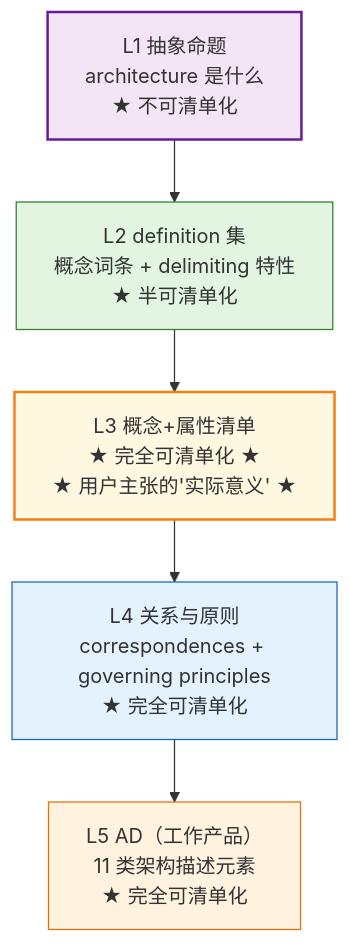
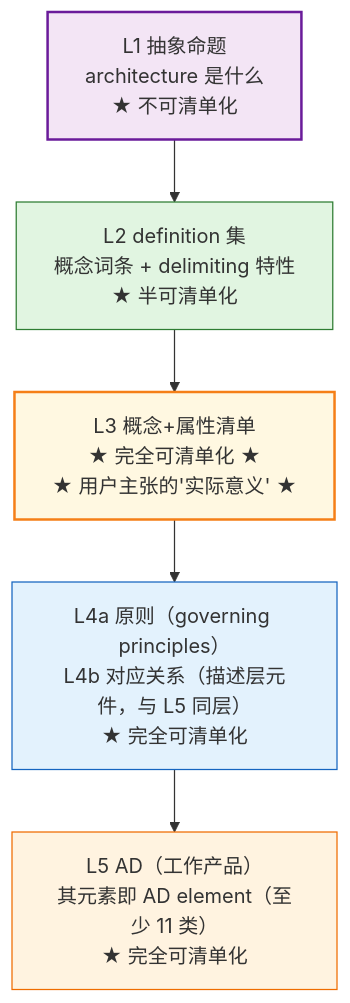
One commit to Yongjunzhou/business-Engineering changed diagram 13 of 17 in 10-系统工程研究/00-系统工程相关研究报告/22-架构、概念、属性研究报告—术语权威定义与对照分析.md. Above: the diagram before and after it, drawn with Mermaid. The commit also changed other lines of this file and 30 other files, not shown here.

````diff
--- a/10-系统工程研究/00-系统工程相关研究报告/22-架构、概念、属性研究报告—术语权威定义与对照分析.md
+++ b/10-系统工程研究/00-系统工程相关研究报告/22-架构、概念、属性研究报告—术语权威定义与对照分析.md
@@ -1173,24 +1200,24 @@
 ```mermaid
 flowchart TB
     L1["L1 抽象命题<br/>architecture 是什么<br/>★ 不可清单化"]
     L2["L2 definition 集<br/>概念词条 + delimiting 特性<br/>★ 半可清单化"]
     L3["L3 概念+属性清单<br/>★ 完全可清单化 ★<br/>★ 用户主张的'实际意义' ★"]
-    L4["L4 关系与原则<br/>correspondences + governing principles<br/>★ 完全可清单化"]
-    L5["L5 AD（工作产品）<br/>11 类架构描述元素<br/>★ 完全可清单化"]
+    L4["L4a 原则（governing principles）<br/>L4b 对应关系（描述层元件，与 L5 同层）<br/>★ 完全可清单化"]
+    L5["L5 AD（工作产品）<br/>其元素即 AD element（至少 11 类）<br/>★ 完全可清单化"]
 
     L1 --> L2
     L2 --> L3
     L3 --> L4
     L4 --> L5
 
     classDef l1 fill:#f3e5f5,stroke:#6a1b9a,stroke-width:2px
     classDef l2 fill:#e1f5e1,stroke:#2e7d32
     classDef l3 fill:#fff8e1,stroke:#f57f17,stroke-width:2px
     classDef l4 fill:#e3f2fd,stroke:#1565c0
     classDef l5 fill:#fff3e0,stroke:#ef6c00
     class L1 l1
     class L2 l2
     class L3 l3
     class L4 l4
     class L5 l5
 ```
````
